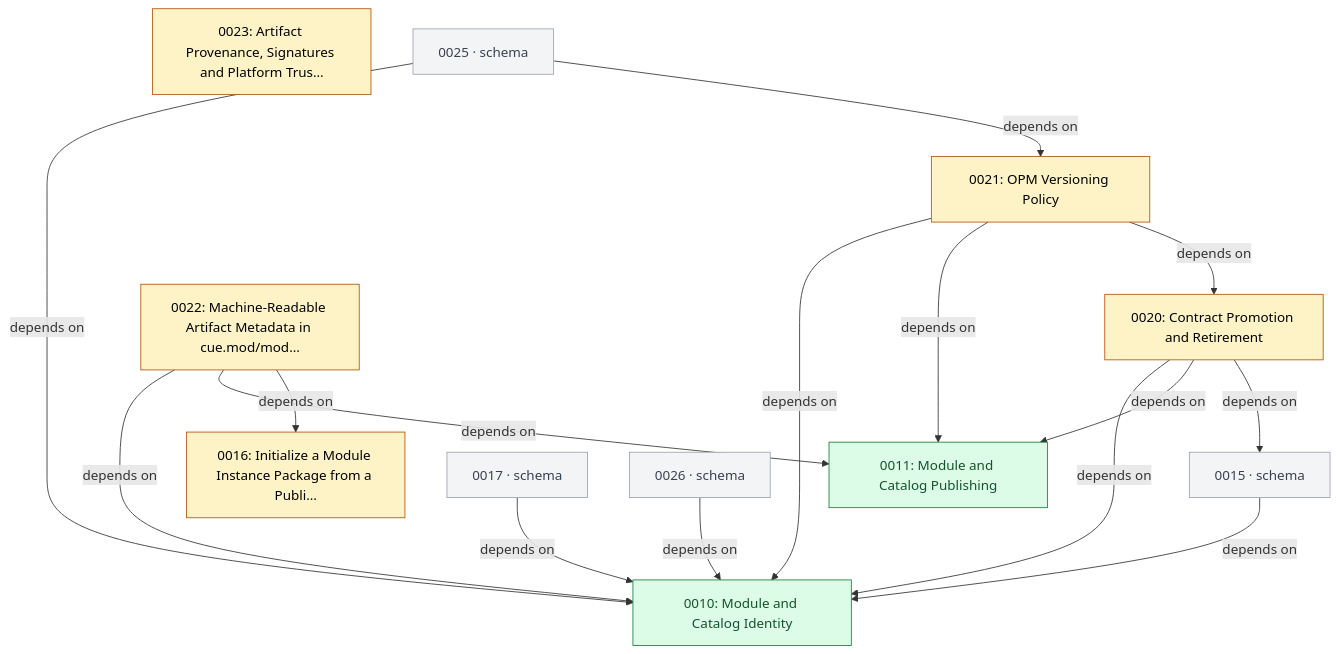
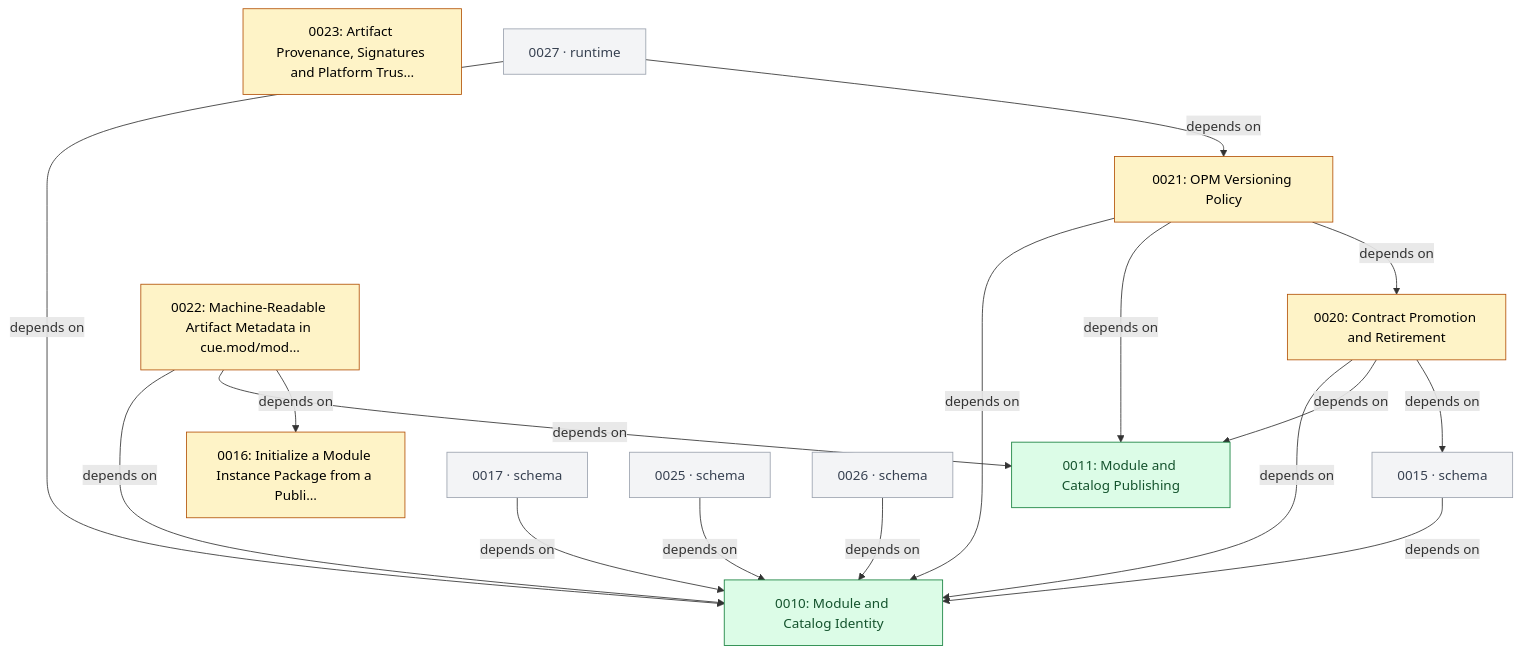
The fourth of 7 diagrams in GRAPH.md (open-platform-model/enhancements), drawn with Mermaid before and after one commit. The commit also changed other lines of this file and 29 other files, not shown here.

````diff
--- a/GRAPH.md
+++ b/GRAPH.md
@@ -127,38 +137,40 @@
 ```mermaid
 graph TD
   classDef draft       fill:#fef3c7,stroke:#b45309,color:#000
   classDef accepted    fill:#dbeafe,stroke:#1d4ed8,color:#000
   classDef rejected    fill:#fee2e2,stroke:#b91c1c,color:#7f1d1d,stroke-dasharray:4 2
   classDef superseded  fill:#e5e7eb,stroke:#6b7280,color:#6b7280
   classDef delivered   fill:#dcfce7,stroke:#15803d,color:#14532d
   classDef legacy      fill:#fafafa,stroke:#9ca3af,color:#6b7280,stroke-dasharray:3 3
   classDef stub        fill:#f3f4f6,stroke:#9ca3af,color:#374151
   classDef category    fill:#ede9fe,stroke:#6d28d9,color:#000
 
   N0010["0010: Module and Catalog Identity"]:::delivered
   N0011["0011: Module and Catalog Publishing"]:::delivered
   N0016["0016: Initialize a Module Instance Package from a Publi…"]:::draft
   N0020["0020: Contract Promotion and Retirement"]:::draft
   N0021["0021: OPM Versioning Policy"]:::draft
   N0022["0022: Machine-Readable Artifact Metadata in cue.mod/mod…"]:::draft
   N0023["0023: Artifact Provenance, Signatures and Platform Trus…"]:::draft
   N0015["0015 · schema"]:::stub
   N0017["0017 · schema"]:::stub
   N0025["0025 · schema"]:::stub
   N0026["0026 · schema"]:::stub
+  N0027["0027 · runtime"]:::stub
 
   N0015 -->|depends on| N0010
   N0017 -->|depends on| N0010
   N0020 -->|depends on| N0010
   N0020 -->|depends on| N0011
   N0020 -->|depends on| N0015
   N0021 -->|depends on| N0010
   N0021 -->|depends on| N0011
   N0021 -->|depends on| N0020
   N0022 -->|depends on| N0010
   N0022 -->|depends on| N0011
   N0022 -->|depends on| N0016
   N0025 -->|depends on| N0010
-  N0025 -->|depends on| N0021
   N0026 -->|depends on| N0010
+  N0027 -->|depends on| N0010
+  N0027 -->|depends on| N0021
 ```
````
